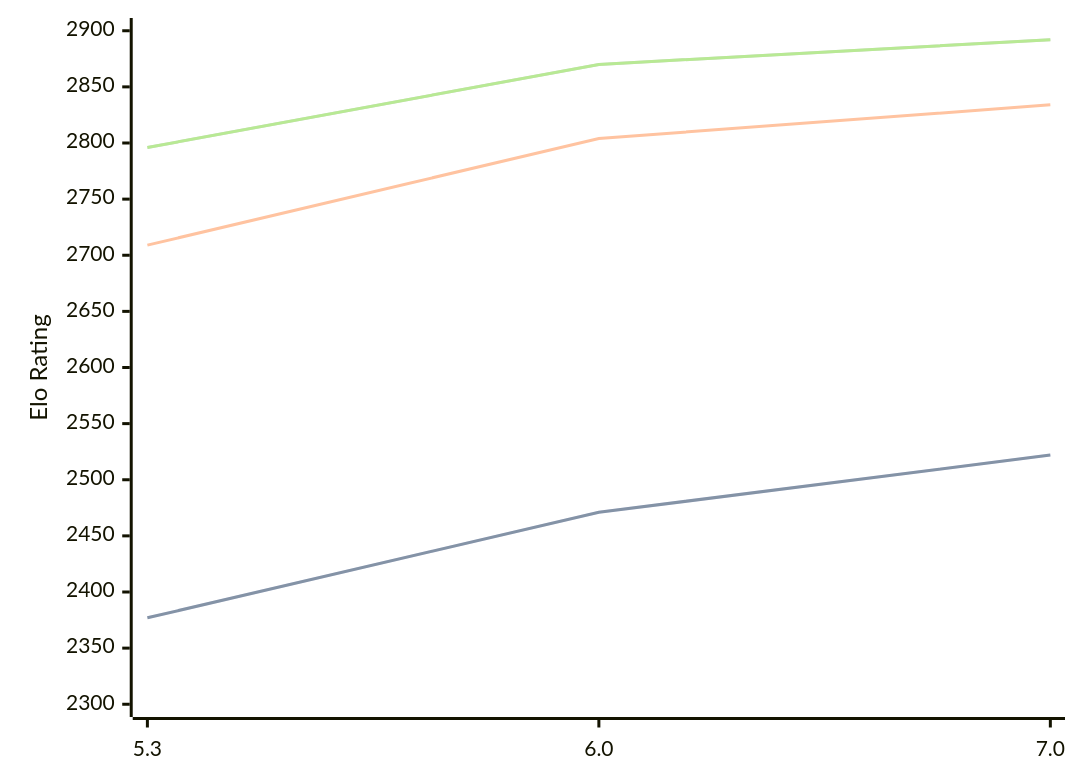
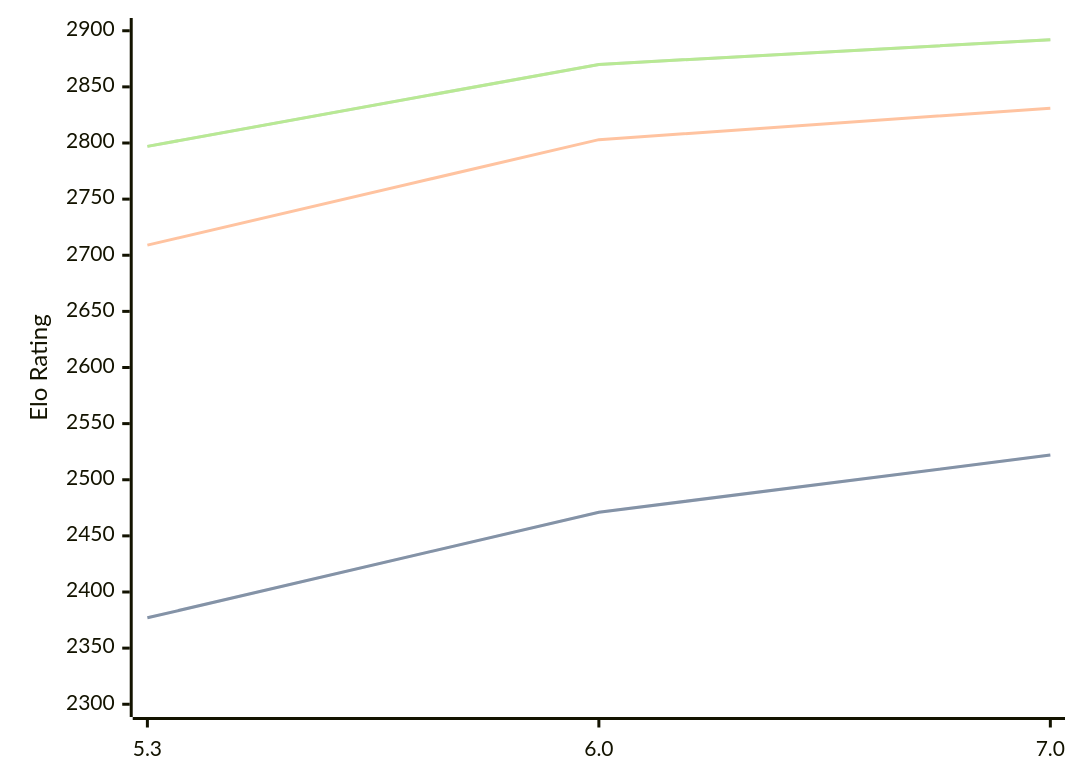
One commit to computer-chess-index/cci changed the diagram in engines/tomitankChess.md. Above: the diagram before and after it, drawn with Mermaid. The commit also changed other lines of this file, not shown here.

Commit message:
Update CCI Ratings (ELO VLTC) - 2026-08-07

````diff
--- a/engines/tomitankChess.md
+++ b/engines/tomitankChess.md
@@ -33,11 +33,11 @@
 ```mermaid
 %%{init: {"theme":"base","themeVariables":{"seriesColors:['#a3a3a3','#222221','#faa371']}}}%%
 xychart-beta
   x-axis ["5.3", "6.0", "7.0"]
   y-axis "Elo Rating" 2300 --> 2900
   line "STC (8.0+0.08s)" [2377, 2471, 2522]
   line "STC (8.0+0.08s)" [2377, 2471, 2522]
-  line "LTC (60.0+0.60s)" [2709, 2804, 2834]
-  line "VLTC (2m24s+1.12s)" [2796, 2870, 2892]
-  line "VLTC (2m24s+1.12s)" [2796, 2870, 2892]
+  line "LTC (60.0+0.60s)" [2709, 2803, 2831]
+  line "VLTC (2m24s+1.12s)" [2797, 2870, 2892]
+  line "VLTC (2m24s+1.12s)" [2797, 2870, 2892]
 ```
````
